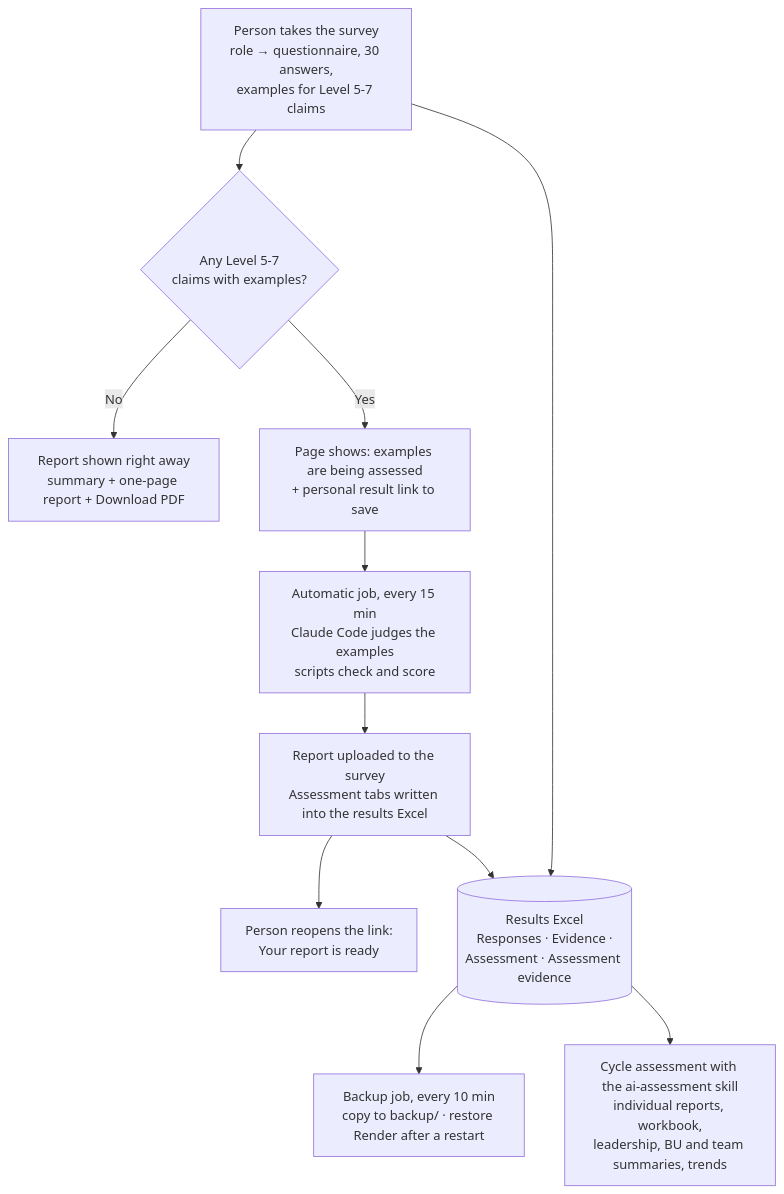
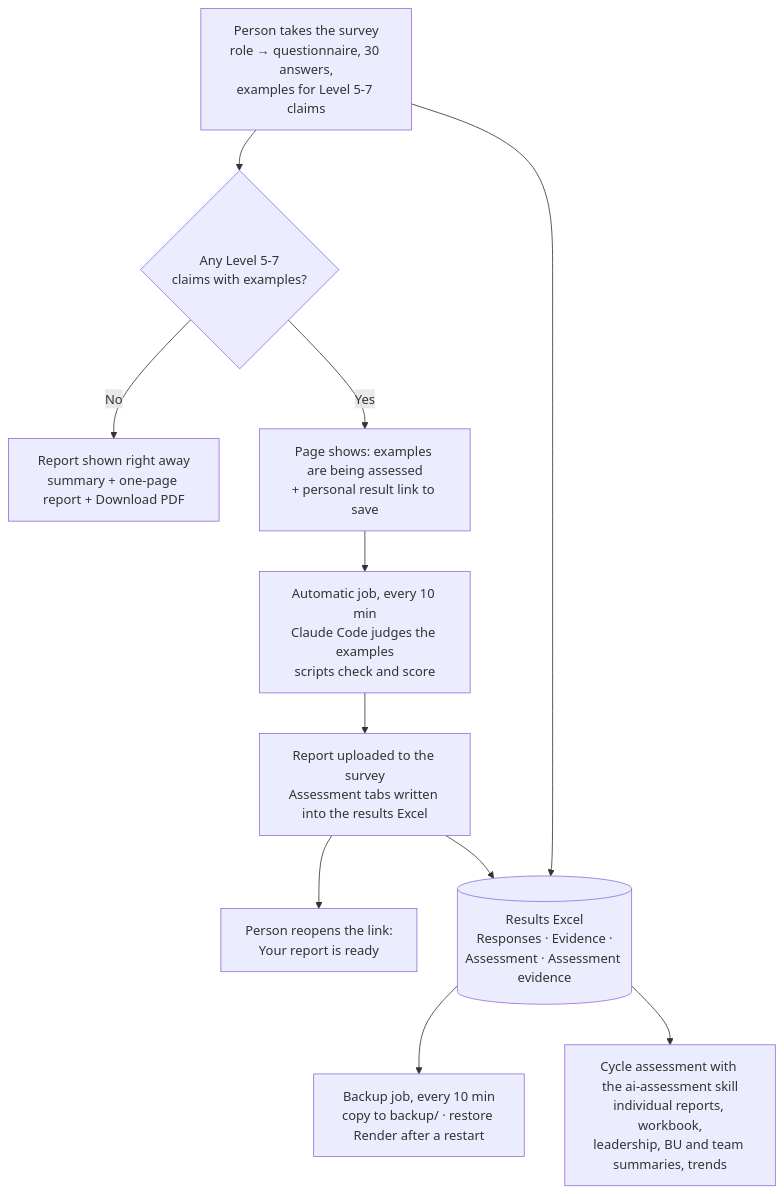
One commit to ACSII-India/ai-adoption-survey changed the diagram in README.md. Above: the diagram before and after it, drawn with Mermaid. The commit also changed other lines of this file and 4 other files, not shown here.

First line of the commit message:
Automatic job: download fresh results before judging, run every 10 minutes

````diff
--- a/README.md
+++ b/README.md
@@ -30,13 +30,13 @@
 ```mermaid
 flowchart TD
   A[Person takes the survey<br/>role → questionnaire, 30 answers,<br/>examples for Level 5-7 claims] --> B{Any Level 5-7<br/>claims with examples?}
   B -- No --> C[Report shown right away<br/>summary + one-page report + Download PDF]
   B -- Yes --> D[Page shows: examples are being assessed<br/>+ personal result link to save]
-  D --> E[Automatic job, every 15 min<br/>Claude Code judges the examples<br/>scripts check and score]
+  D --> E[Automatic job, every 10 min<br/>Claude Code judges the examples<br/>scripts check and score]
   E --> F[Report uploaded to the survey<br/>Assessment tabs written into the results Excel]
   F --> G[Person reopens the link:<br/>Your report is ready]
   A --> H[(Results Excel<br/>Responses · Evidence ·<br/>Assessment · Assessment evidence)]
   F --> H
   H --> I[Backup job, every 10 min<br/>copy to backup/ · restore Render after a restart]
   H --> J[Cycle assessment with the ai-assessment skill<br/>individual reports, workbook,<br/>leadership, BU and team summaries, trends]
 ```
````
